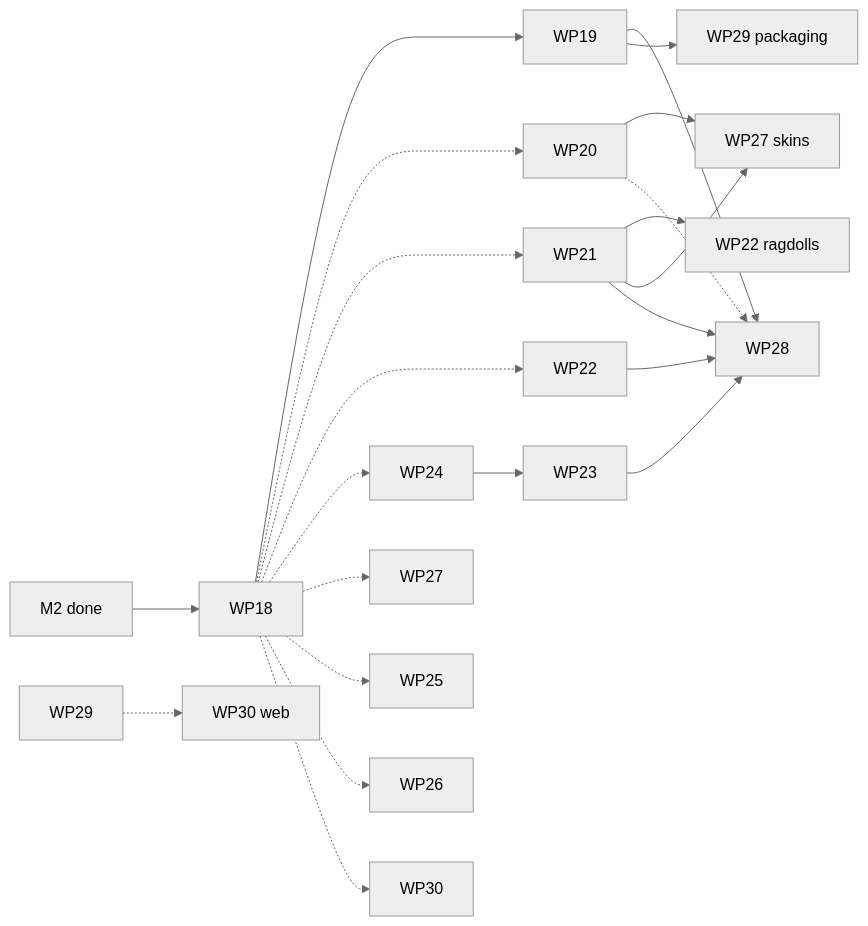
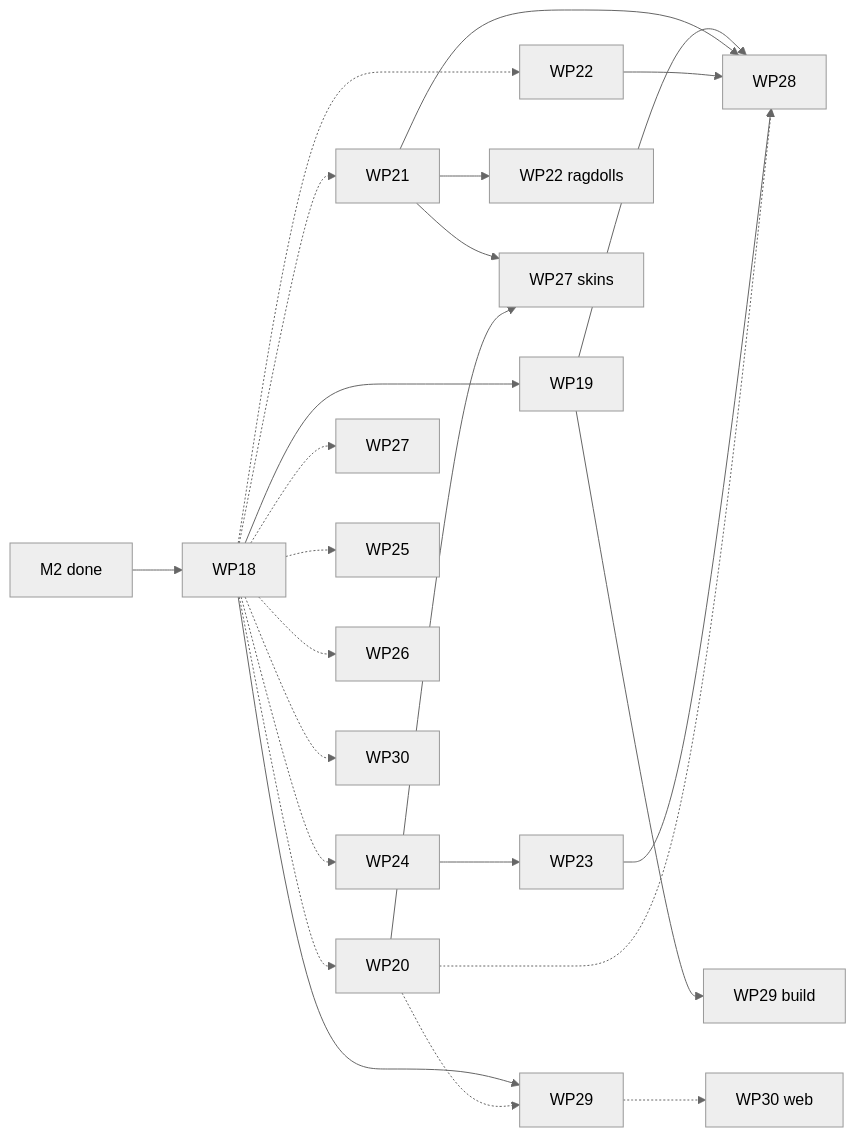
Before and after one commit to dullyontop/real-engine: the diagram in docs/M3_PLAN.md, drawn with Mermaid (neutral theme). The commit also changed other lines of this file and 1 other file, not shown here.

````diff
--- a/docs/M3_PLAN.md
+++ b/docs/M3_PLAN.md
@@ -491,24 +534,26 @@
 ```mermaid
 graph LR
   M2[M2 done] --> WP18
   WP18 --> WP19
   WP18 -.-> WP20
   WP18 -.-> WP21
   WP18 -.-> WP22
   WP18 -.-> WP24
   WP18 -.-> WP27
   WP18 -.-> WP25
   WP18 -.-> WP26
   WP21 --> WP22r[WP22 ragdolls]
   WP21 --> WP27s[WP27 skins]
   WP20 --> WP27s
   WP24 --> WP23
   WP19 --> WP28
   WP21 --> WP28
   WP22 --> WP28
   WP23 --> WP28
   WP20 -.-> WP28
-  WP19 --> WP29p[WP29 packaging]
+  WP18 --> WP29
+  WP19 --> WP29b[WP29 build]
+  WP20 -.-> WP29
   WP18 -.-> WP30
   WP29 -.-> WP30w[WP30 web]
 ```
````
